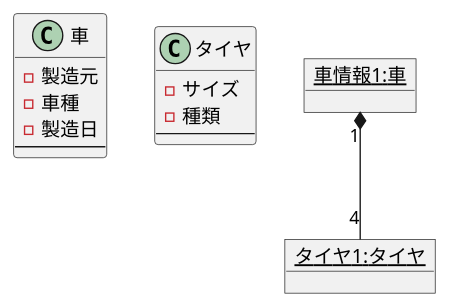
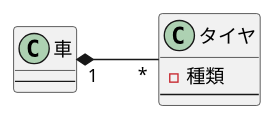
One commit to Aishin12/uml_introduction changed the diagram in 演習3-4_クラス図.pu. Above: the diagram before and after it, drawn with PlantUML. The commit also changed 1 other file, not shown here.

```diff
--- a/演習3-4_クラス図.pu
+++ b/演習3-4_クラス図.pu
@@ -1,24 +1,14 @@
 @startuml クラス図
+left to right direction
 
 class 車{
-    - 製造元
-    - 車種
-    - 製造日
 ---
 }
+
 class タイヤ{
-    - サイズ
     - 種類
 ---
 }
 
-object "<u>車情報1:車</u>" as c1 {
-
-}
-
-object "<u>タイヤ1:タイヤ</u>" as w1 {
-
-}
-c1 "1" *-- "4" w1
-
+車 "1" *-- "*" タイヤ
 @enduml
```
